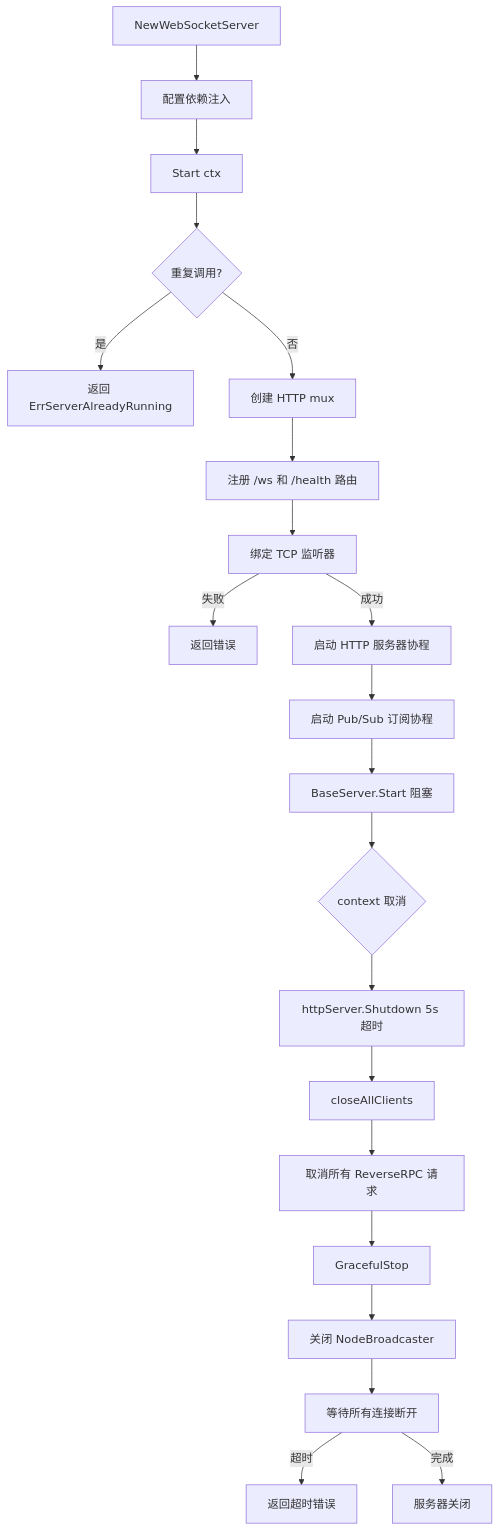
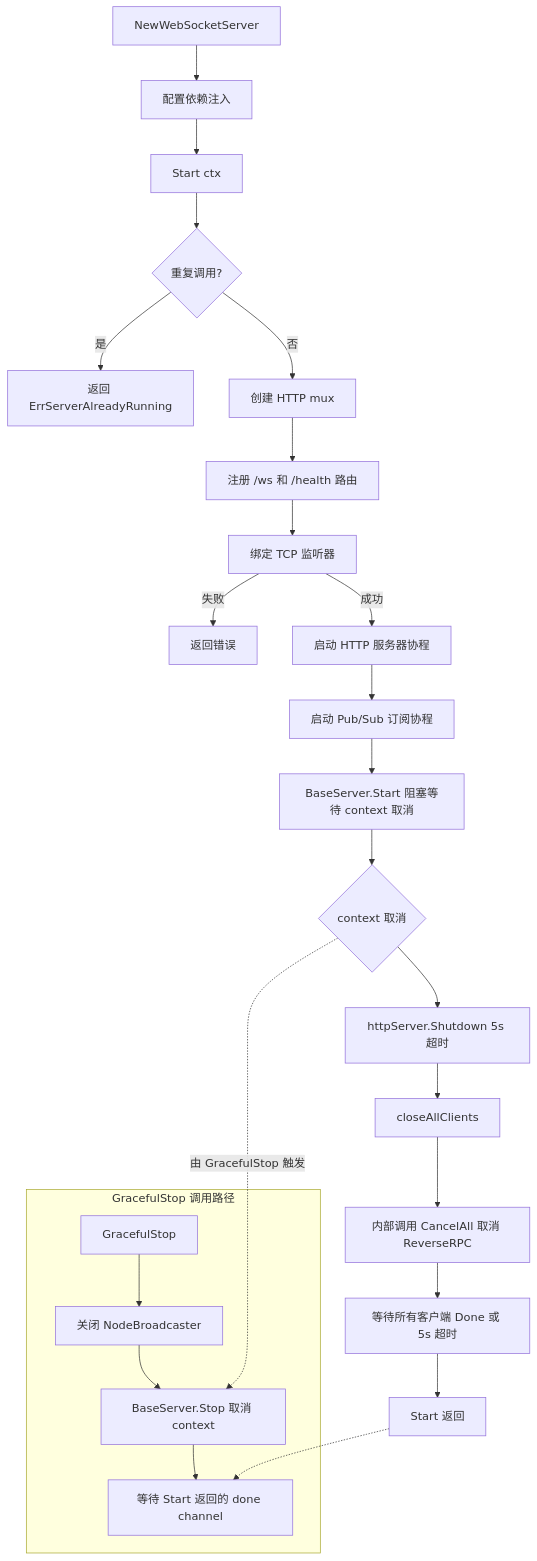
Before and after one commit to PineappleBond/xyncra-server: the eighth of 9 diagrams in wiki/flows/websocket.md, drawn with Mermaid. The commit also changed other lines of this file and 21 other files, not shown here.

First line of the commit message:
docs(wiki): fix accuracy and completeness issues across all flow documents

````diff
--- a/wiki/flows/websocket.md
+++ b/wiki/flows/websocket.md
@@ -385,23 +387,30 @@
 ```mermaid
 flowchart TD
     A[NewWebSocketServer] --> B[配置依赖注入]
     B --> C[Start ctx]
     C --> D{重复调用?}
     D -->|是| E[返回 ErrServerAlreadyRunning]
     D -->|否| F[创建 HTTP mux]
     F --> G[注册 /ws 和 /health 路由]
     G --> H[绑定 TCP 监听器]
     H -->|失败| I[返回错误]
     H -->|成功| J[启动 HTTP 服务器协程]
     J --> K[启动 Pub/Sub 订阅协程]
-    K --> L[BaseServer.Start 阻塞]
+    K --> L[BaseServer.Start 阻塞等待 context 取消]
+
     L --> M{context 取消}
     M --> N[httpServer.Shutdown 5s 超时]
     N --> O[closeAllClients]
-    O --> P[取消所有 ReverseRPC 请求]
-    P --> Q[GracefulStop]
-    Q --> R[关闭 NodeBroadcaster]
-    R --> S[等待所有连接断开]
-    S -->|超时| T[返回超时错误]
-    S -->|完成| U[服务器关闭]
+    O --> P[内部调用 CancelAll 取消 ReverseRPC]
+    P --> Q[等待所有客户端 Done 或 5s 超时]
+    Q --> R[Start 返回]
+
+    subgraph GracefulStop 调用路径
+        GS1[GracefulStop] --> GS2[关闭 NodeBroadcaster]
+        GS2 --> GS3[BaseServer.Stop 取消 context]
+        GS3 --> GS4[等待 Start 返回的 done channel]
+    end
+
+    M -.->|由 GracefulStop 触发| GS3
+    R -.-> GS4
 ```
````
